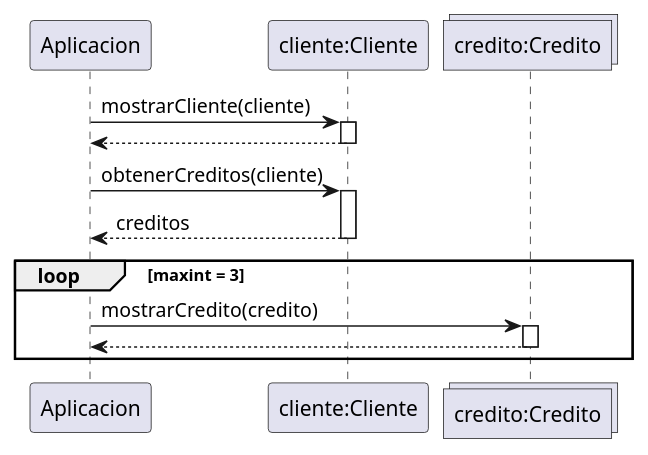
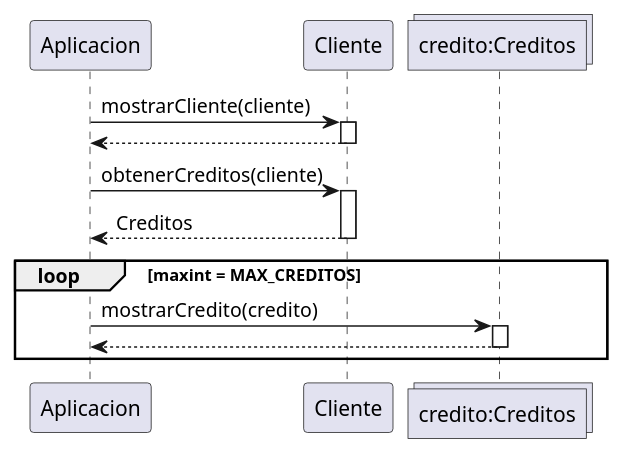
One commit to HeraclitoDeEfeso/TP-final-parte-2 changed the diagram in listarcreditos.puml. Above: the diagram before and after it, drawn with PlantUML. The commit also changed 1 other file, not shown here.

Commit message:
Diagrama de secuencia: de acuerdo a implementacion

```diff
--- a/listarcreditos.puml
+++ b/listarcreditos.puml
@@ -1,19 +1,19 @@
 @startuml
 
 participant Aplicacion
-participant "cliente:Cliente" as Cliente
-collections "credito:Credito" as Array
+participant Cliente
+collections "credito:Creditos" as Array
 
 Aplicacion -> Cliente: mostrarCliente(cliente)
 activate Cliente
 return
 Aplicacion -> Cliente: obtenerCreditos(cliente)
 activate Cliente
-return creditos
-loop maxint = 3
+return Creditos
+loop maxint = MAX_CREDITOS
 	Aplicacion -> Array: mostrarCredito(credito)
 	activate Array
 	return
 end
-	
+
 @enduml
```
